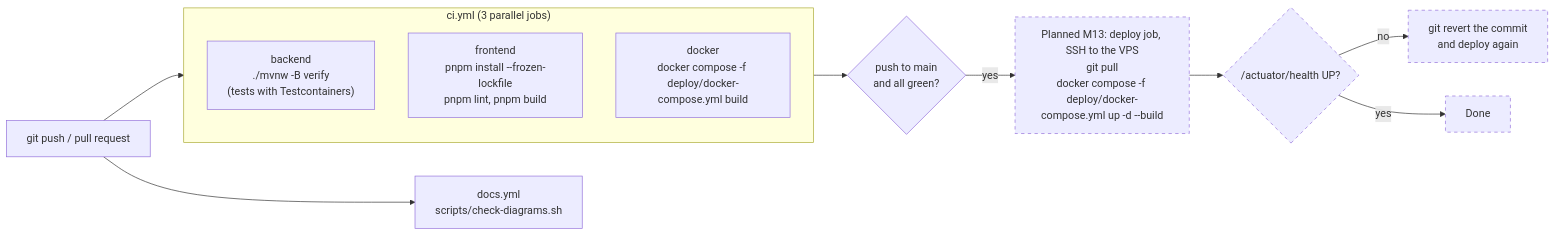
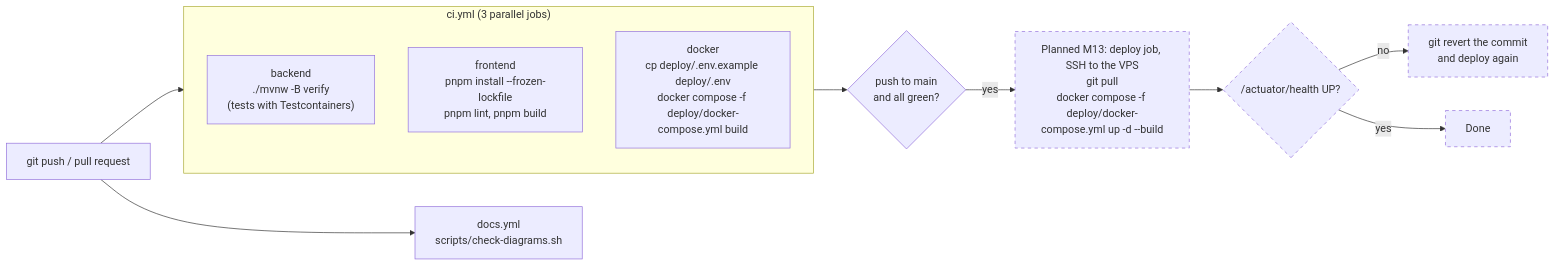
Before and after one commit to Iyed-M/olive-connect: the second of 3 diagrams in docs/10-deployment.md, drawn with Mermaid. The commit also changed other lines of this file and 51 other files, not shown here.

````diff
--- a/docs/10-deployment.md
+++ b/docs/10-deployment.md
@@ -69,16 +69,16 @@
 ```mermaid
 flowchart LR
     A["git push / pull request"] --> CI
     subgraph CI["ci.yml (3 parallel jobs)"]
         B["backend<br/>./mvnw -B verify<br/>(tests with Testcontainers)"]
         C["frontend<br/>pnpm install --frozen-lockfile<br/>pnpm lint, pnpm build"]
-        D["docker<br/>docker compose -f deploy/docker-compose.yml build"]
+        D["docker<br/>cp deploy/.env.example deploy/.env<br/>docker compose -f deploy/docker-compose.yml build"]
     end
     A --> DOC["docs.yml<br/>scripts/check-diagrams.sh"]
     CI --> M{"push to main<br/>and all green?"}
     M -- yes --> E["Planned M13: deploy job, SSH to the VPS<br/>git pull<br/>docker compose -f deploy/docker-compose.yml up -d --build"]:::planned
     E --> F{"/actuator/health UP?"}:::planned
     F -- no --> G["git revert the commit<br/>and deploy again"]:::planned
     F -- yes --> H[Done]:::planned
     classDef planned stroke-dasharray: 5 5
 ```
````
